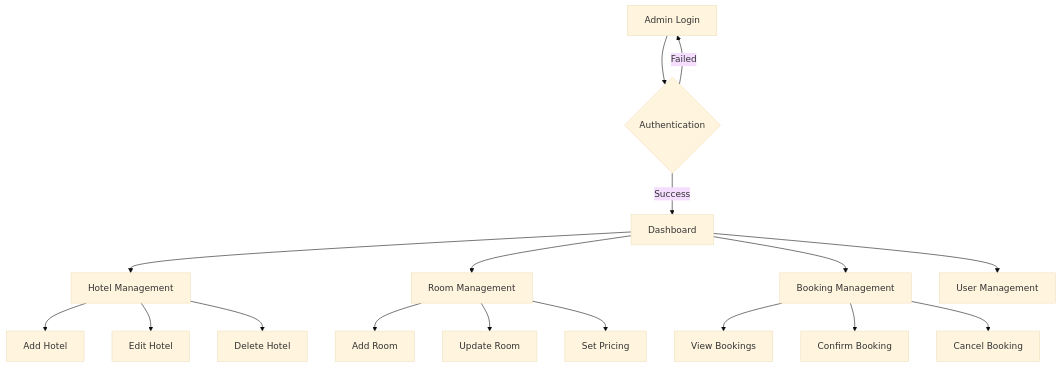
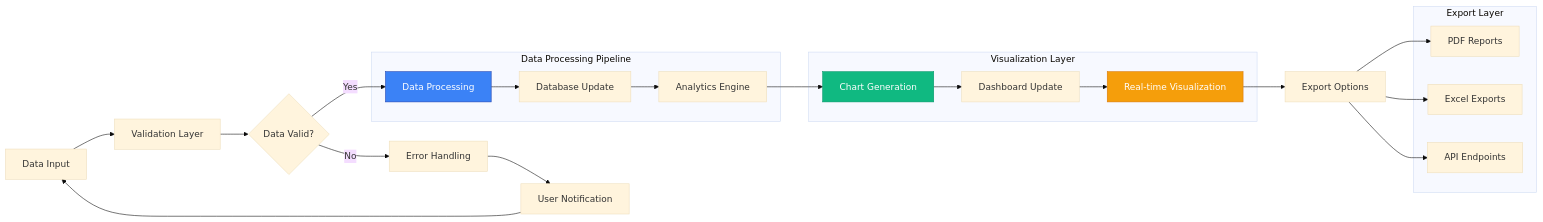
One commit to Santoshpatel112/Hotel-Booking changed the second of 3 diagrams in README.md. Above: the diagram before and after it, drawn with Mermaid (base theme). The commit also changed other lines of this file, not shown here.

````diff
--- a/README.md
+++ b/README.md
@@ -298,23 +147,44 @@
 ```mermaid
-flowchart TD
-    A[Admin Login] --> B{Authentication}
-    B -->|Success| C[Dashboard]
-    B -->|Failed| A
-
-    C --> D[Hotel Management]
-    C --> E[Room Management]
-    C --> F[Booking Management]
-    C --> G[User Management]
-
-    D --> D1[Add Hotel]
-    D --> D2[Edit Hotel]
-    D --> D3[Delete Hotel]
-
-    E --> E1[Add Room]
-    E --> E2[Update Room]
-    E --> E3[Set Pricing]
-
-    F --> F1[View Bookings]
-    F --> F2[Confirm Booking]
-    F --> F3[Cancel Booking]
+flowchart LR
+    A[Data Input] --> B[Validation Layer]
+    B --> C{Data Valid?}
+    
+    C -->|Yes| D[Data Processing]
+    C -->|No| E[Error Handling]
+    E --> F[User Notification]
+    F --> A
+    
+    D --> G[Database Update]
+    G --> H[Analytics Engine]
+    H --> I[Chart Generation]
+    I --> J[Dashboard Update]
+    
+    J --> K[Real-time Visualization]
+    K --> L[Export Options]
+    
+    L --> M[PDF Reports]
+    L --> N[Excel Exports]
+    L --> O[API Endpoints]
+    
+    style D fill:#3b82f6,stroke:#1e40af,color:#fff
+    style I fill:#10b981,stroke:#059669,color:#fff
+    style K fill:#f59e0b,stroke:#d97706,color:#fff
+    
+    subgraph "Data Processing Pipeline"
+        D
+        G
+        H
+    end
+    
+    subgraph "Visualization Layer"
+        I
+        J
+        K
+    end
+    
+    subgraph "Export Layer"
+        M
+        N
+        O
+    end
 ```
````
